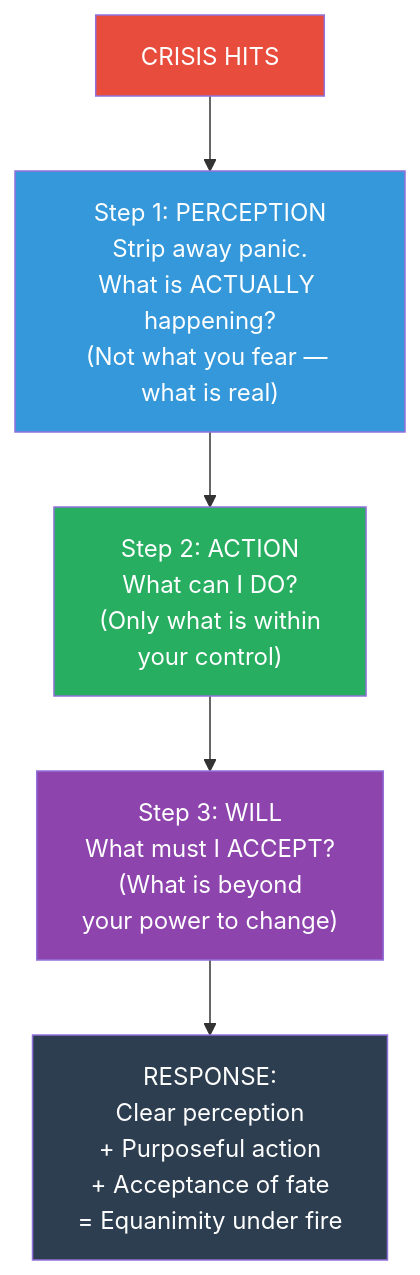
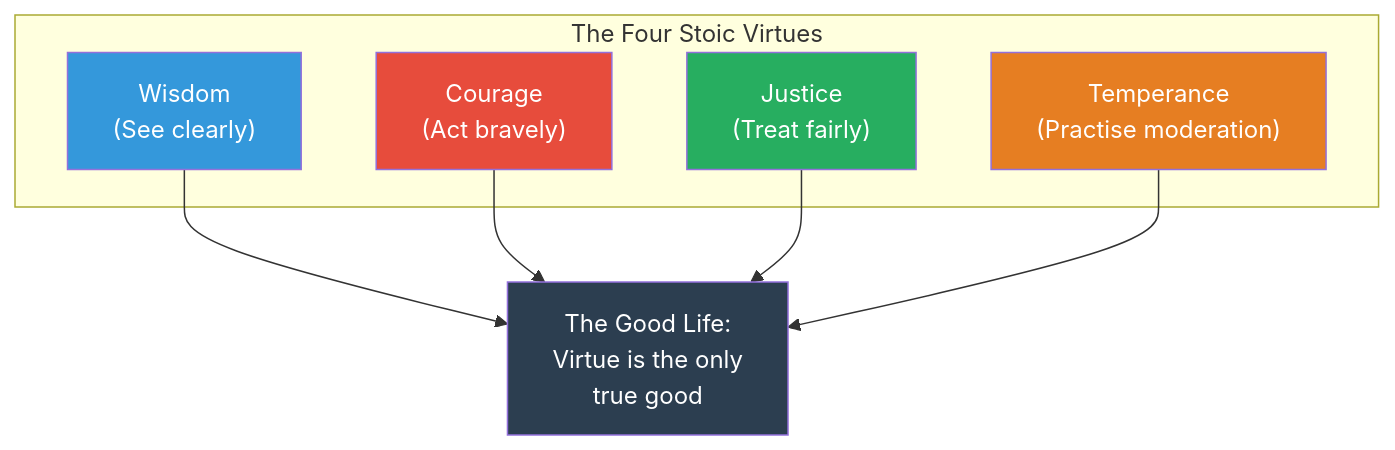
One commit to alius33/reader changed the seventh of 10 diagrams in summaries/Mindset & Self-Mastery/The Daily Stoic - Ryan Holiday.md. Above: the diagram before and after it, drawn with Mermaid. The commit also changed other lines of this file and 272 other files, not shown here.

````diff
--- a/summaries/Mindset & Self-Mastery/The Daily Stoic - Ryan Holiday.md
+++ b/summaries/Mindset & Self-Mastery/The Daily Stoic - Ryan Holiday.md
@@ -501,12 +1730,18 @@
 ```mermaid
 flowchart TD
-    CR["CRISIS HITS"] --> P["Step 1: PERCEPTION\nStrip away panic.\nWhat is ACTUALLY happening?\n(Not what you fear — what is real)"]
-    P --> A["Step 2: ACTION\nWhat can I DO?\n(Only what is within\nyour control)"]
-    A --> W["Step 3: WILL\nWhat must I ACCEPT?\n(What is beyond\nyour power to change)"]
-    W --> R["RESPONSE:\nClear perception\n+ Purposeful action\n+ Acceptance of fate\n= Equanimity under fire"]
-    style CR fill:#e74c3c,color:#fff
-    style P fill:#3498db,color:#fff
-    style A fill:#27ae60,color:#fff
-    style W fill:#8e44ad,color:#fff
-    style R fill:#2c3e50,color:#fff
+    subgraph VIRTUES ["The Four Stoic Virtues"]
+        W["Wisdom<br>(See clearly)"]
+        C["Courage<br>(Act bravely)"]
+        J["Justice<br>(Treat fairly)"]
+        T["Temperance<br>(Practise moderation)"]
+    end
+    W --> L["The Good Life:<br>Virtue is the only<br>true good"]
+    C --> L
+    J --> L
+    T --> L
+    style W fill:#3498db,color:#fff
+    style C fill:#e74c3c,color:#fff
+    style J fill:#27ae60,color:#fff
+    style T fill:#e67e22,color:#fff
+    style L fill:#2c3e50,color:#fff
 ```
````
